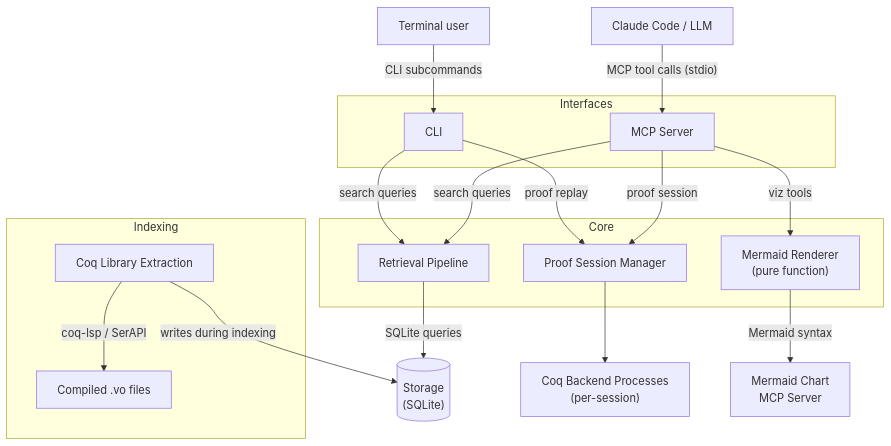
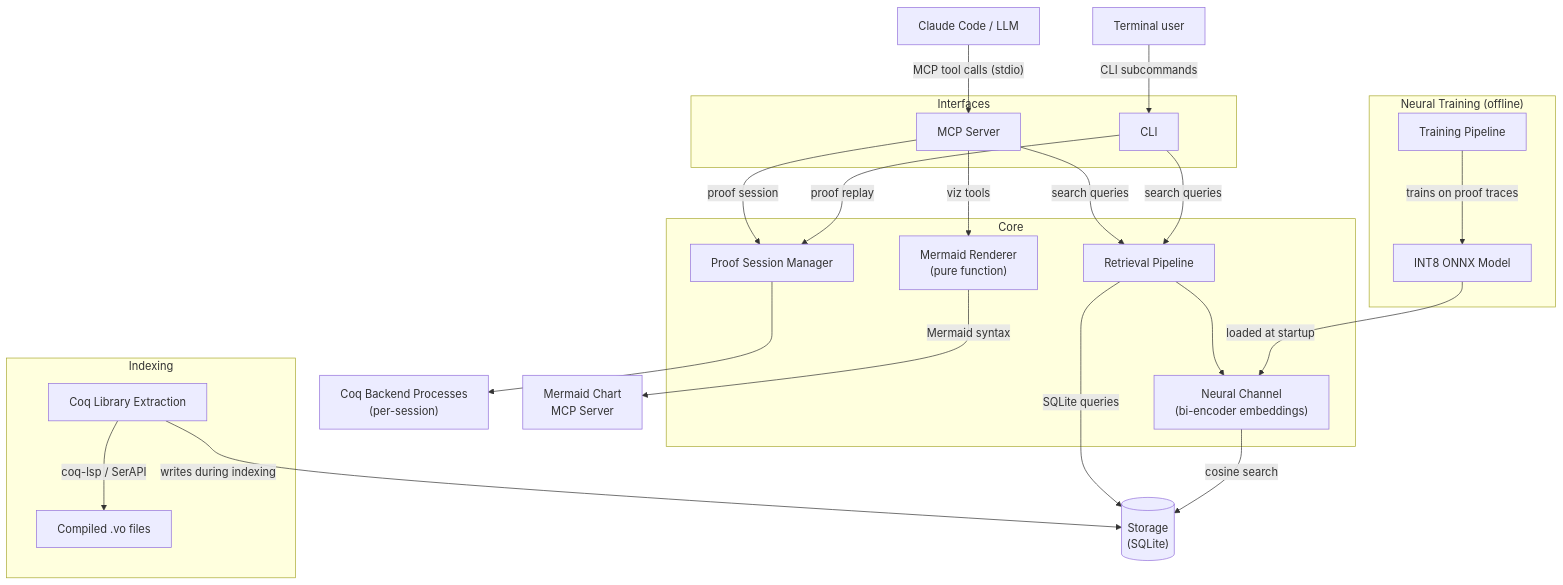
One commit to ekirton/wily-rooster changed the diagram in README.md. Above: the diagram before and after it, drawn with Mermaid. The commit also changed other lines of this file, not shown here.

First line of the commit message:
Update README with Neural Premise Selection

````diff
--- a/README.md
+++ b/README.md
@@ -277,43 +286,54 @@
 ```mermaid
 flowchart TD
     LLM["Claude Code / LLM"]
     TU["Terminal user"]
 
     subgraph Interfaces
         MCP["MCP Server"]
         CLI["CLI"]
     end
 
     subgraph Core
         RP["Retrieval Pipeline"]
+        NC["Neural Channel\n(bi-encoder embeddings)"]
         PSM["Proof Session Manager"]
         MR["Mermaid Renderer\n(pure function)"]
+    end
+
+    subgraph Training["Neural Training (offline)"]
+        NTP["Training Pipeline"]
+        ONNX["INT8 ONNX Model"]
     end
 
     DB[("Storage\n(SQLite)")]
 
     CB["Coq Backend Processes\n(per-session)"]
 
     subgraph Indexing
         EXT["Coq Library Extraction"]
         VO["Compiled .vo files"]
     end
 
     MCHART["Mermaid Chart\nMCP Server"]
 
     LLM -->|"MCP tool calls (stdio)"| MCP
     TU -->|"CLI subcommands"| CLI
 
     MCP -->|"search queries"| RP
     MCP -->|"proof session"| PSM
     MCP -->|"viz tools"| MR
     CLI -->|"search queries"| RP
     CLI -->|"proof replay"| PSM
 
     RP -->|"SQLite queries"| DB
+    RP --> NC
+    NC -->|"cosine search"| DB
     PSM --> CB
     MR -->|"Mermaid syntax"| MCHART
 
     EXT -->|"coq-lsp / SerAPI"| VO
     EXT -->|"writes during indexing"| DB
+
+    NTP -->|"trains on proof traces"| ONNX
+    ONNX -->|"loaded at startup"| NC
 ```
````
